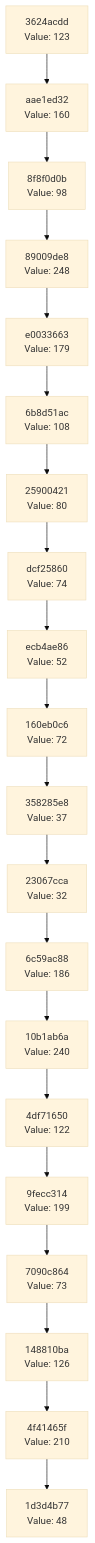
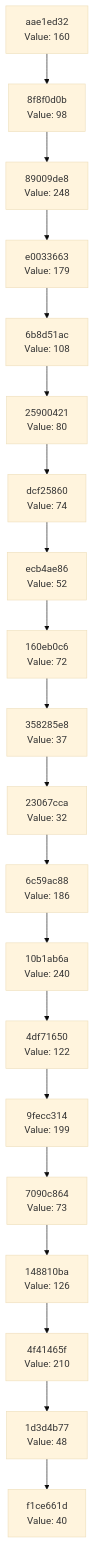
One commit to Abhisheksinha1506/hash-chain-evolver changed the diagram in docs/CHAIN_VISUALIZATION.md. Above: the diagram before and after it, drawn with Mermaid (base theme). The commit also changed 3 other files, not shown here.

````diff
--- a/docs/CHAIN_VISUALIZATION.md
+++ b/docs/CHAIN_VISUALIZATION.md
@@ -3,42 +3,42 @@
 ```mermaid
 graph TD
-    C0["1d3d4b77<br/>Value: 48"]
-    C1["4f41465f<br/>Value: 210"]
+    C0["f1ce661d<br/>Value: 40"]
+    C1["1d3d4b77<br/>Value: 48"]
     C1 --> C0
-    C2["148810ba<br/>Value: 126"]
+    C2["4f41465f<br/>Value: 210"]
     C2 --> C1
-    C3["7090c864<br/>Value: 73"]
+    C3["148810ba<br/>Value: 126"]
     C3 --> C2
-    C4["9fecc314<br/>Value: 199"]
+    C4["7090c864<br/>Value: 73"]
     C4 --> C3
-    C5["4df71650<br/>Value: 122"]
+    C5["9fecc314<br/>Value: 199"]
     C5 --> C4
-    C6["10b1ab6a<br/>Value: 240"]
+    C6["4df71650<br/>Value: 122"]
     C6 --> C5
-    C7["6c59ac88<br/>Value: 186"]
+    C7["10b1ab6a<br/>Value: 240"]
     C7 --> C6
-    C8["23067cca<br/>Value: 32"]
+    C8["6c59ac88<br/>Value: 186"]
     C8 --> C7
-    C9["358285e8<br/>Value: 37"]
+    C9["23067cca<br/>Value: 32"]
     C9 --> C8
-    C10["160eb0c6<br/>Value: 72"]
+    C10["358285e8<br/>Value: 37"]
     C10 --> C9
-    C11["ecb4ae86<br/>Value: 52"]
+    C11["160eb0c6<br/>Value: 72"]
     C11 --> C10
-    C12["dcf25860<br/>Value: 74"]
+    C12["ecb4ae86<br/>Value: 52"]
     C12 --> C11
-    C13["25900421<br/>Value: 80"]
+    C13["dcf25860<br/>Value: 74"]
     C13 --> C12
-    C14["6b8d51ac<br/>Value: 108"]
+    C14["25900421<br/>Value: 80"]
     C14 --> C13
-    C15["e0033663<br/>Value: 179"]
+    C15["6b8d51ac<br/>Value: 108"]
     C15 --> C14
-    C16["89009de8<br/>Value: 248"]
+    C16["e0033663<br/>Value: 179"]
     C16 --> C15
-    C17["8f8f0d0b<br/>Value: 98"]
+    C17["89009de8<br/>Value: 248"]
     C17 --> C16
-    C18["aae1ed32<br/>Value: 160"]
+    C18["8f8f0d0b<br/>Value: 98"]
     C18 --> C17
-    C19["3624acdd<br/>Value: 123"]
+    C19["aae1ed32<br/>Value: 160"]
     C19 --> C18
 ```
````
